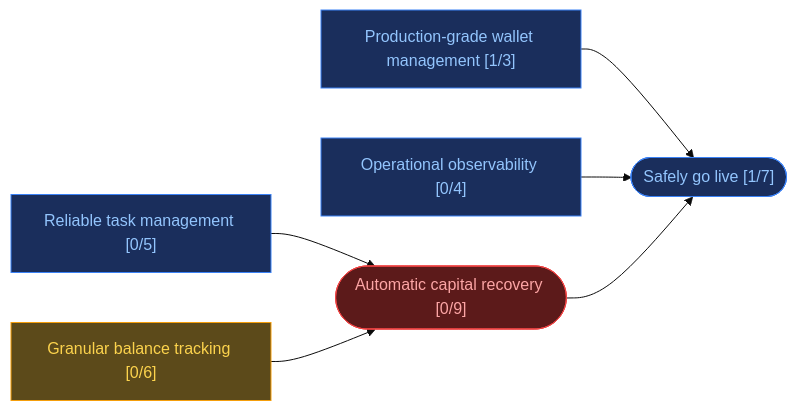
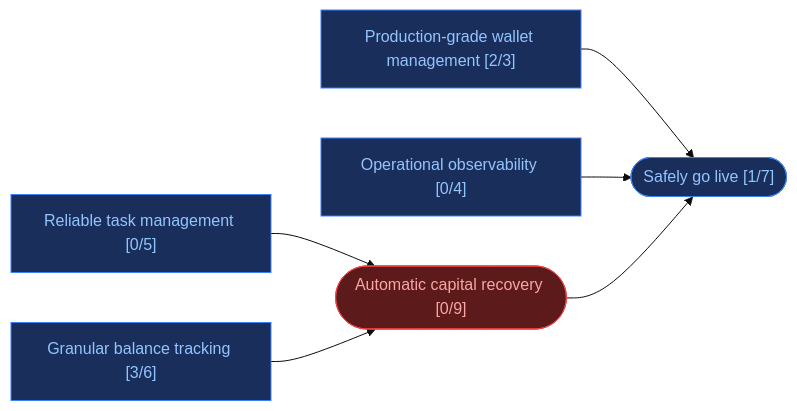
Before and after one commit to ST0x-Technology/st0x.liquidity: the first of 8 diagrams in ROADMAP.md, drawn with Mermaid (base theme). The commit also changed other lines of this file, not shown here.

Commit message:
roadmap: add #479 to build & dependencies backlog

````diff
--- a/ROADMAP.md
+++ b/ROADMAP.md
@@ -34,23 +38,23 @@
 ```mermaid
 graph LR
     classDef wip fill:#1a2e5c,stroke:#3b82f6,color:#93c5fd
     classDef blocked fill:#5c1a1a,stroke:#ef4444,color:#fca5a5
     classDef todo fill:#5c4a1a,stroke:#f59e0b,color:#fcd34d
 
     a["Reliable task management [0/5]"]:::wip
-    b["Granular balance tracking [0/6]"]:::todo
-    c["Production-grade wallet management [1/3]"]:::wip
+    b["Granular balance tracking [3/6]"]:::wip
+    c["Production-grade wallet management [2/3]"]:::wip
     d["Operational observability [0/4]"]:::wip
     e(["Automatic capital recovery [0/9]"]):::blocked
     f(["Safely go live [1/7]"]):::wip
 
     a & b --> e
     c & d & e --> f
 
     click e href "https://github.com/ST0x-Technology/st0x.liquidity/blob/master/ROADMAP.md#automatic-capital-recovery"
     click a href "https://github.com/ST0x-Technology/st0x.liquidity/blob/master/ROADMAP.md#reliable-task-management"
     click b href "https://github.com/ST0x-Technology/st0x.liquidity/blob/master/ROADMAP.md#granular-balance-tracking"
     click c href "https://github.com/ST0x-Technology/st0x.liquidity/blob/master/ROADMAP.md#production-grade-wallet-management"
     click d href "https://github.com/ST0x-Technology/st0x.liquidity/blob/master/ROADMAP.md#operational-observability"
     click f href "https://github.com/ST0x-Technology/st0x.liquidity/blob/master/ROADMAP.md#safely-go-live"
 ```
````
